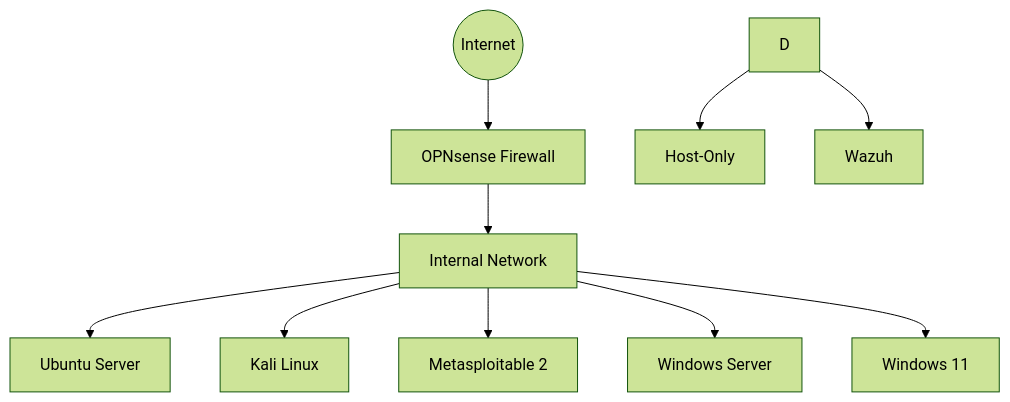
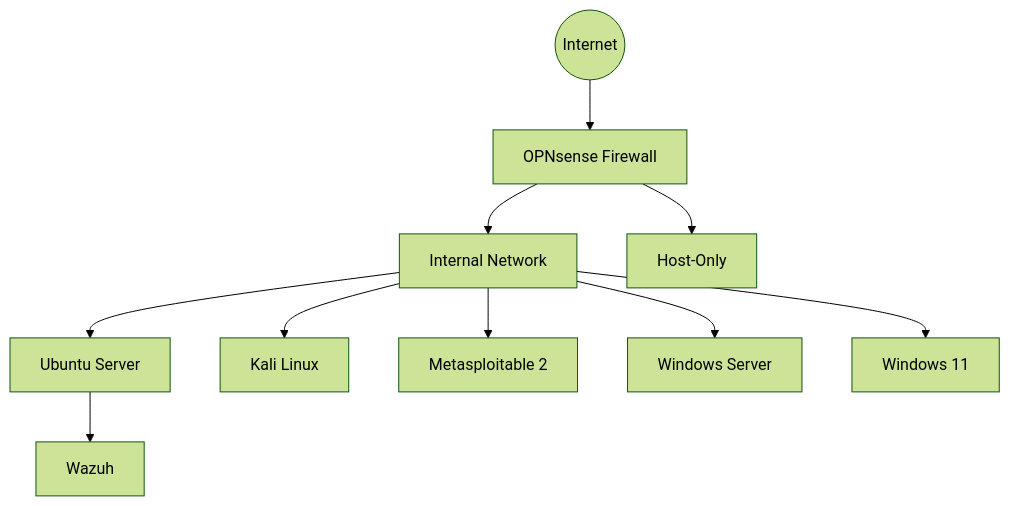
One commit to Nirus07/home-lab changed the diagram in README.md. Above: the diagram before and after it, drawn with Mermaid (forest theme).

Commit message:
Fix flowchart connections in README.md

````diff
--- a/README.md
+++ b/README.md
@@ -7,14 +7,14 @@
 ```mermaid
 flowchart TD
     A((Internet)) --> B[OPNsense Firewall]
     B --> C[Internal Network]
-    D --> E[Host-Only]
+    B --> E[Host-Only]
 
     C --> F[Ubuntu Server]
     C --> G[Kali Linux]
     C --> H[Metasploitable 2]
     C --> I[Windows Server]
     C --> J[Windows 11]
 
-    D --> K[Wazuh]
+    F --> K[Wazuh]
 ```
````
